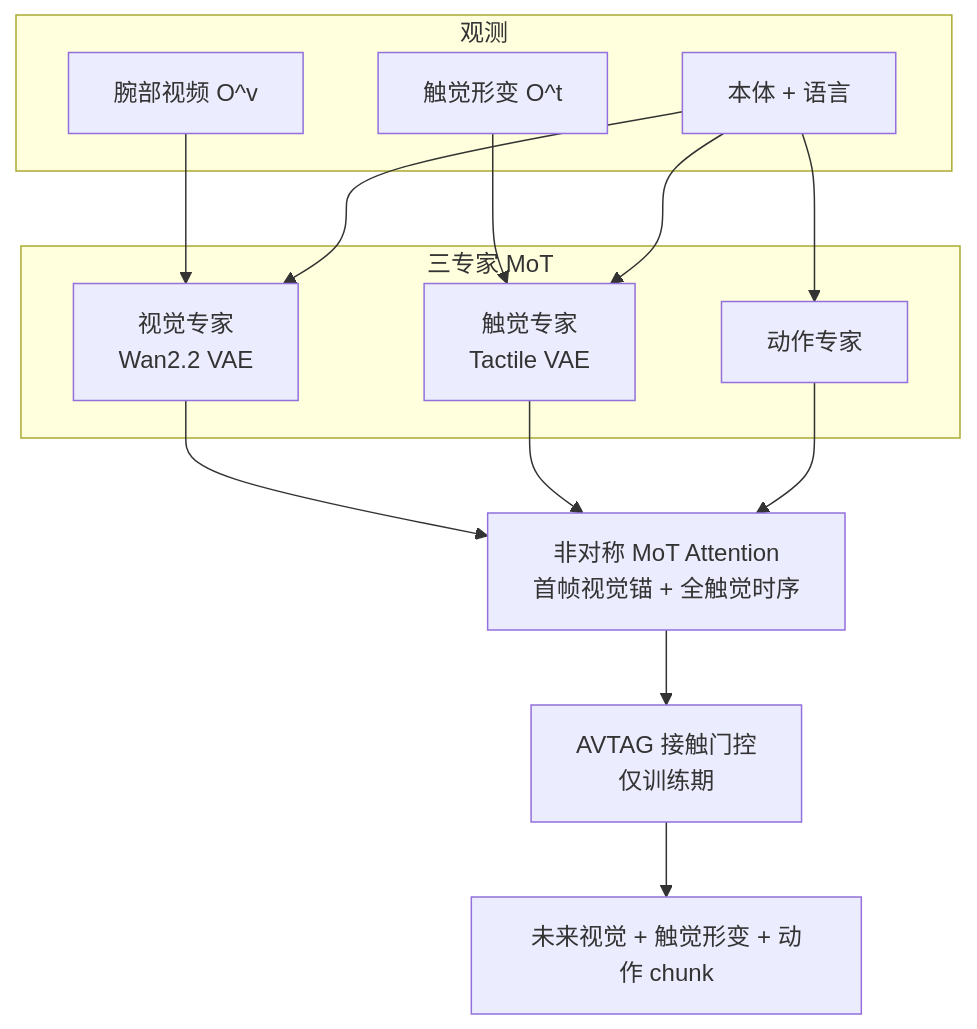
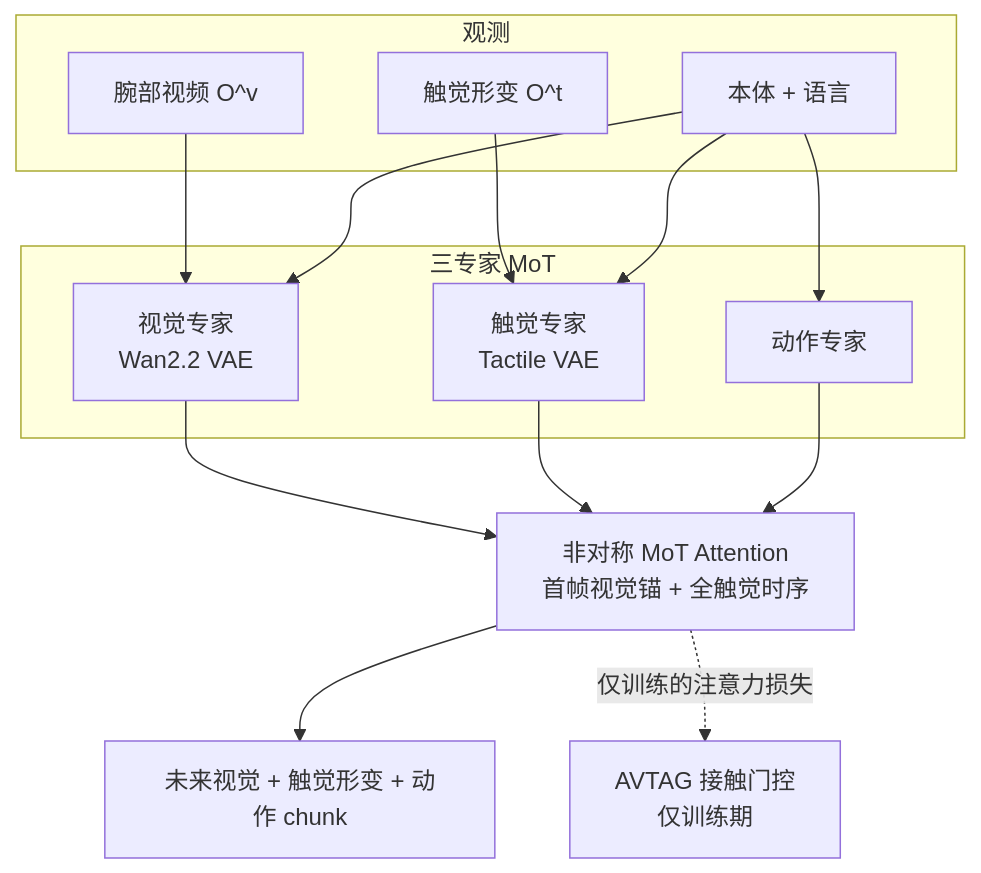
One commit to ImChong/Robotics_Notebooks changed the diagram in wiki/entities/paper-vt-wam-visuotactile-contact-rich.md. Above: the diagram before and after it, drawn with Mermaid. The commit also changed other lines of this file and 208 other files, not shown here.

Commit message:
[2026-11-14] ingest | roadmap/depth-wam.md — 补齐 WAM 全部节点原文证据与满分健康度

````diff
--- a/wiki/entities/paper-vt-wam-visuotactile-contact-rich.md
+++ b/wiki/entities/paper-vt-wam-visuotactile-contact-rich.md
@@ -73,23 +76,24 @@
 ```mermaid
 flowchart TB
   subgraph obs [观测]
     OV[腕部视频 O^v]
     OT[触觉形变 O^t]
     S[本体 + 语言]
   end
   subgraph experts [三专家 MoT]
     VE[视觉专家\nWan2.2 VAE]
     TE[触觉专家\nTactile VAE]
     AE[动作专家]
   end
   MOT[非对称 MoT Attention\n首帧视觉锚 + 全触觉时序]
   AVTAG[AVTAG 接触门控\n仅训练期]
   OUT[未来视觉 + 触觉形变 + 动作 chunk]
   OV --> VE
   OT --> TE
   S --> VE & TE & AE
   VE --> MOT
   TE --> MOT
   AE --> MOT
-  MOT --> AVTAG --> OUT
+  MOT --> OUT
+  MOT -.->|仅训练的注意力损失| AVTAG
 ```
````
